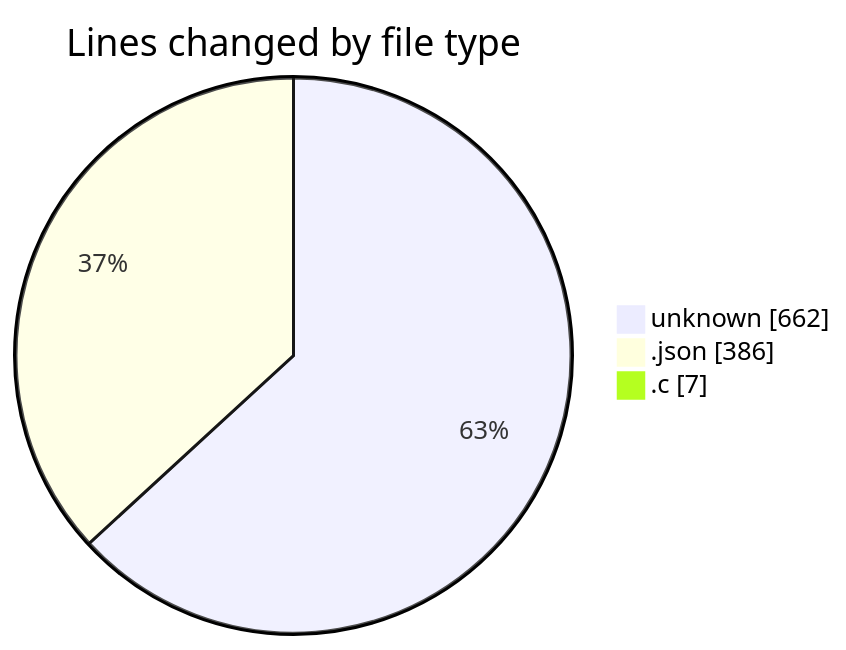
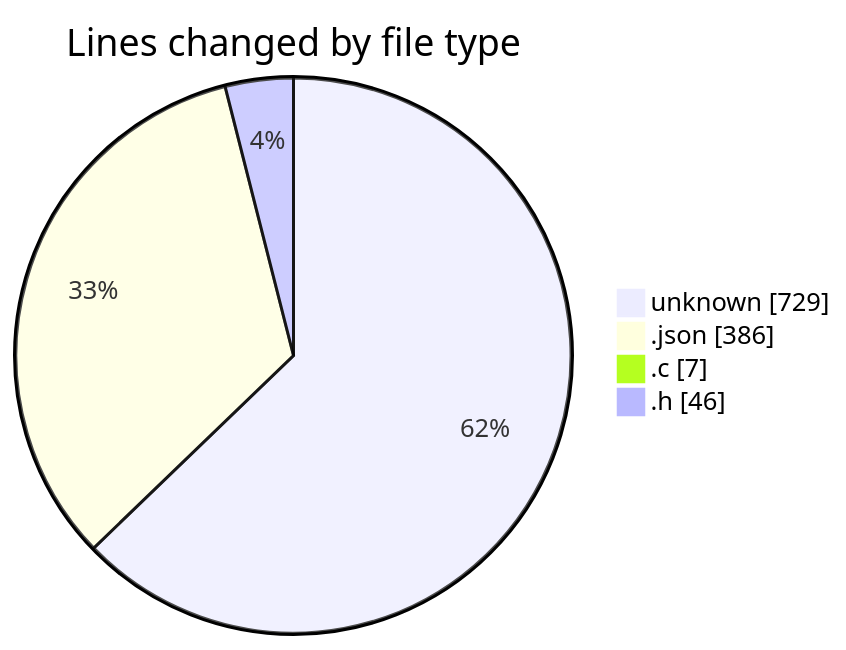
One commit to charlie-sans/code-tracking changed the first of 2 diagrams in 2025-04-03/konstruct/README.md. Above: the diagram before and after it, drawn with Mermaid. The commit also changed other lines of this file and 1 other file, not shown here.

````diff
--- a/2025-04-03/konstruct/README.md
+++ b/2025-04-03/konstruct/README.md
@@ -22,7 +24,8 @@
 ```mermaid
 pie showData
 title Lines changed by file type
-"unknown" : 662
+"unknown" : 729
 ".json" : 386
 ".c" : 7
+".h" : 46
 ```
````
